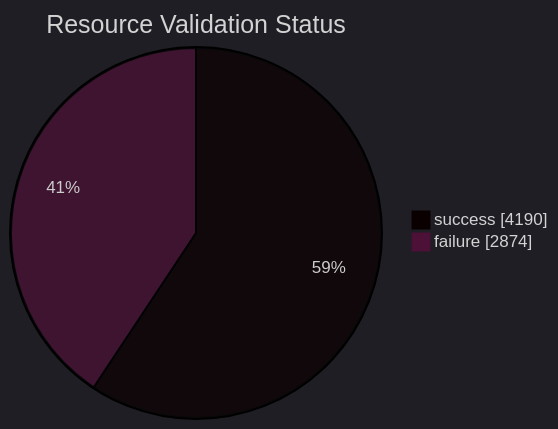
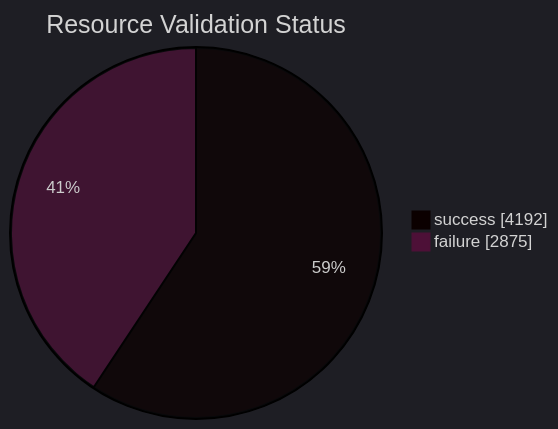
The first of 5 diagrams in datastore_tracker/README.md (open-data/analytics-corporate-reporting), drawn with Mermaid before and after one commit. The commit also changed other lines of this file and 11 other files, not shown here.

````diff
--- a/datastore_tracker/README.md
+++ b/datastore_tracker/README.md
@@ -20,9 +20,9 @@
 ```mermaid
 ---
 config:
   theme: dark
 ---
 pie showData title Resource Validation Status
-    "success": 4190
-    "failure": 2874
+    "success": 4192
+    "failure": 2875
 ```
````
